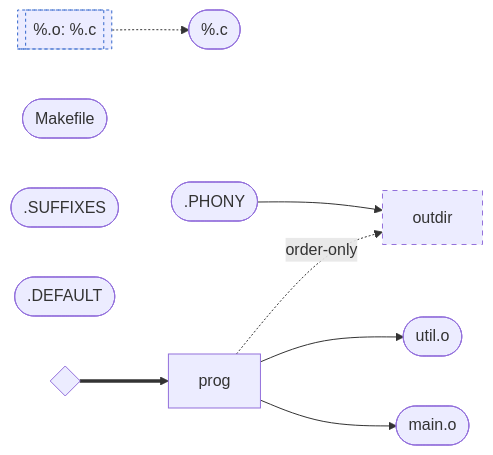
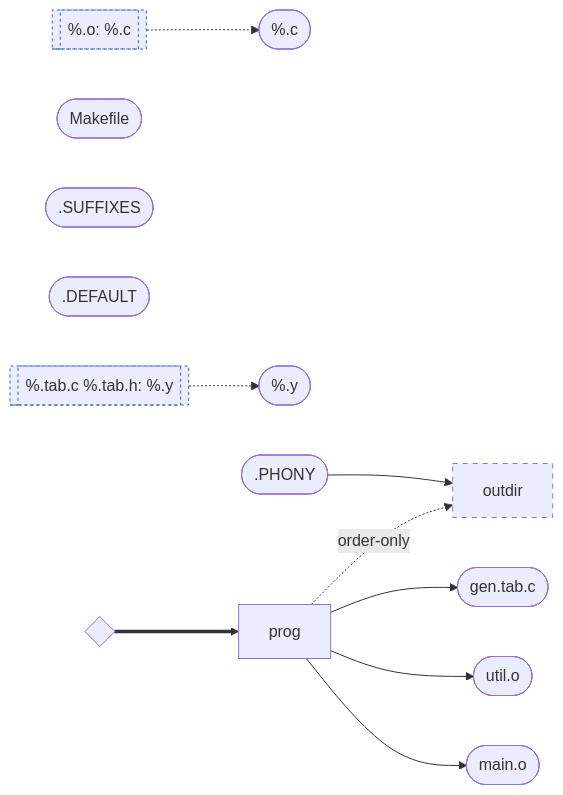
The first of 2 diagrams in docs/depgraph-makefile.md (sevki/makers), drawn with Mermaid before and after one commit. The commit also changed other lines of this file and 3 other files, not shown here.

````diff
--- a/docs/depgraph-makefile.md
+++ b/docs/depgraph-makefile.md
@@ -30,24 +34,29 @@
 ```mermaid
 flowchart LR
   n0{"<root>"}
   n1(["main.o"])
   n2(["Makefile"])
   n3(["%.c"])
-  n4(["util.o"])
-  n5([".SUFFIXES"])
-  n6([".PHONY"])
-  n7([".DEFAULT"])
-  n8["prog"]
-  n9["outdir"]
-  n10[["%.o: %.c"]]
-  n0 ==> n8
-  n6 --> n9
-  n8 --> n1
-  n8 --> n4
-  n8 -.->|order-only| n9
-  n10 -.-> n3
+  n4(["gen.tab.c"])
+  n5(["%.y"])
+  n6(["util.o"])
+  n7([".SUFFIXES"])
+  n8([".PHONY"])
+  n9([".DEFAULT"])
+  n10["prog"]
+  n11["outdir"]
+  n12[["%.tab.c %.tab.h: %.y"]]
+  n13[["%.o: %.c"]]
+  n0 ==> n10
+  n8 --> n11
+  n10 --> n1
+  n10 --> n6
+  n10 --> n4
+  n10 -.->|order-only| n11
+  n12 -.-> n5
+  n13 -.-> n3
   classDef phony stroke-dasharray:5 5;
-  class n9 phony;
+  class n11 phony;
   classDef rule stroke:#36c,stroke-dasharray:3 3;
-  class n10 rule;
+  class n12,n13 rule;
 ```
````
